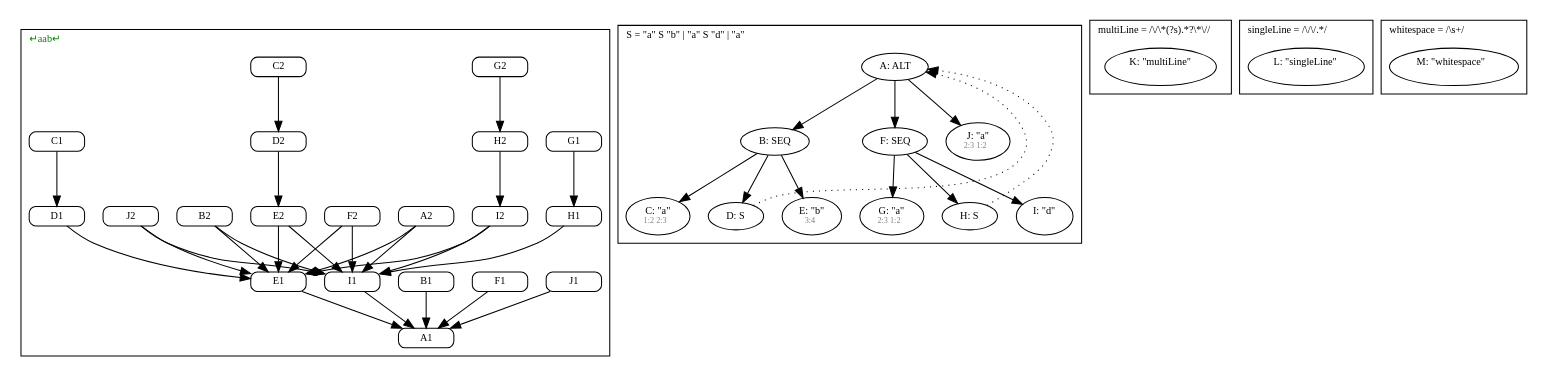
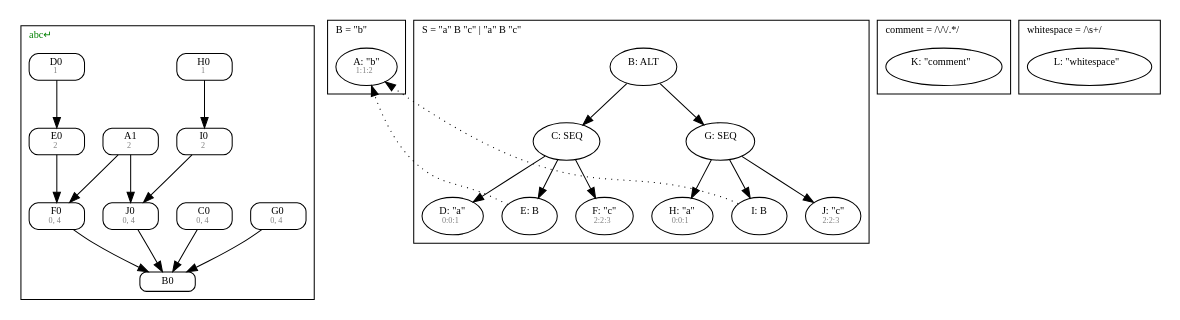
The diagram in diagram.gv (JanWillemBrands/AoC2021), drawn with Graphviz before and after one commit. The commit also changed 12 other files, not shown here.

```diff
--- a/diagram.gv
+++ b/diagram.gv
@@ -1,86 +1,79 @@
 digraph G {
   fontname = Menlo
   fontsize = 10
   node [fontname = Menlo, fontsize = 10]
   edge [fontname = Menlo, fontsize = 10]
   graph [ordering = out]
   subgraph GSS {
     cluster = true
-    label = <↵aab↵> fontcolor = green
+    label = <abc↵> fontcolor = green
     labeljust = l
     node [shape = box, style = rounded, height = 0]
-    "J2" -> "E1"
-    "J2" -> "I1"
-    "J1" -> "A1"
-    "I2" -> "I1"
-    "I2" -> "E1"
-    "I1" -> "A1"
-    "H2" -> "I2"
-    "H1" -> "I1"
-    "G2" -> "H2"
-    "G1" -> "H1"
-    "F2" -> "E1"
-    "F2" -> "I1"
-    "F1" -> "A1"
-    "E2" -> "E1"
-    "E2" -> "I1"
-    "E1" -> "A1"
-    "D2" -> "E2"
-    "D1" -> "E1"
-    "C2" -> "D2"
-    "C1" -> "D1"
-    "B2" -> "E1"
-    "B2" -> "I1"
-    "B1" -> "A1"
-    "A2" -> "I1"
-    "A2" -> "E1"
+    J0 [label = <J0<br/><font color="gray" point-size="8.0"> 0, 4</font>>]
+    J0 -> B0
+    I0 [label = <I0<br/><font color="gray" point-size="8.0"> 2</font>>]
+    I0 -> J0
+    H0 [label = <H0<br/><font color="gray" point-size="8.0"> 1</font>>]
+    H0 -> I0
+    G0 [label = <G0<br/><font color="gray" point-size="8.0"> 0, 4</font>>]
+    G0 -> B0
+    F0 [label = <F0<br/><font color="gray" point-size="8.0"> 0, 4</font>>]
+    F0 -> B0
+    E0 [label = <E0<br/><font color="gray" point-size="8.0"> 2</font>>]
+    E0 -> F0
+    D0 [label = <D0<br/><font color="gray" point-size="8.0"> 1</font>>]
+    D0 -> E0
+    C0 [label = <C0<br/><font color="gray" point-size="8.0"> 0, 4</font>>]
+    C0 -> B0
+    A1 [label = <A1<br/><font color="gray" point-size="8.0"> 2</font>>]
+    A1 -> F0
+    A1 [label = <A1<br/><font color="gray" point-size="8.0"> 2</font>>]
+    A1 -> J0
+  }
+  subgraph B {
+    cluster = true
+    label = <B = "b">
+    labeljust = l
+    node [shape = ellipse, height = 0]
+    A [label = <A: "b"<br/><font color="gray" point-size="8.0"> 1:1:2</font>>]
   }
   subgraph S {
     cluster = true
-    label = <S = "a" S "b" | "a" S "d" | "a">
+    label = <S = "a" B "c" | "a" B "c">
     labeljust = l
     node [shape = ellipse, height = 0]
-    A [label = <A: ALT>]
-    A -> B
-    B [label = <B: SEQ>]
+    B [label = <B: ALT<br/><font color="gray" point-size="8.0"> </font>>]
     B -> C
-    C [label = <C: "a"<br/><font color="gray" point-size="8.0"> 1:2 2:3</font>>]
-    B -> D
-    D [label = <D: S>]
-    B -> E
-    E [label = <E: "b"<br/><font color="gray" point-size="8.0"> 3:4</font>>]
-    A -> F
-    F [label = <F: SEQ>]
-    F -> G
-    G [label = <G: "a"<br/><font color="gray" point-size="8.0"> 2:3 1:2</font>>]
-    F -> H
-    H [label = <H: S>]
-    F -> I
-    I [label = <I: "d"<br/><font color="gray" point-size="8.0"> </font>>]
-    A -> J
-    J [label = <J: "a"<br/><font color="gray" point-size="8.0"> 2:3 1:2</font>>]
+    C [label = <C: SEQ<br/><font color="gray" point-size="8.0"> </font>>]
+    C -> D
+    D [label = <D: "a"<br/><font color="gray" point-size="8.0"> 0:0:1</font>>]
+    C -> E
+    E [label = <E: B<br/><font color="gray" point-size="8.0"> </font>>]
+    C -> F
+    F [label = <F: "c"<br/><font color="gray" point-size="8.0"> 2:2:3</font>>]
+    B -> G
+    G [label = <G: SEQ<br/><font color="gray" point-size="8.0"> </font>>]
+    G -> H
+    H [label = <H: "a"<br/><font color="gray" point-size="8.0"> 0:0:1</font>>]
+    G -> I
+    I [label = <I: B<br/><font color="gray" point-size="8.0"> </font>>]
+    G -> J
+    J [label = <J: "c"<br/><font color="gray" point-size="8.0"> 2:2:3</font>>]
   }
-  subgraph multiLine {
+  subgraph comment {
     cluster = true
-    label = <multiLine = /\/\*(?s).*?\*\//>
+    label = <comment = /\/\/.*/>
     labeljust = l
     node [shape = ellipse, height = 0]
-    K [label = <K: "multiLine"<br/><font color="gray" point-size="8.0"> </font>>]
-  }
-  subgraph singleLine {
-    cluster = true
-    label = <singleLine = /\/\/.*/>
-    labeljust = l
-    node [shape = ellipse, height = 0]
-    L [label = <L: "singleLine"<br/><font color="gray" point-size="8.0"> </font>>]
+    K [label = <K: "comment"<br/><font color="gray" point-size="8.0"> </font>>]
   }
   subgraph whitespace {
     cluster = true
     label = <whitespace = /\s+/>
     labeljust = l
     node [shape = ellipse, height = 0]
-    M [label = <M: "whitespace"<br/><font color="gray" point-size="8.0"> </font>>]
+    L [label = <L: "whitespace"<br/><font color="gray" point-size="8.0"> </font>>]
   }
-  D -> A [style = dotted, constraint = false]
-  H -> A [style = dotted, constraint = false]
+  E -> A [style = dotted, constraint = false]
+  I -> A [style = dotted, constraint = false]
 }
```
